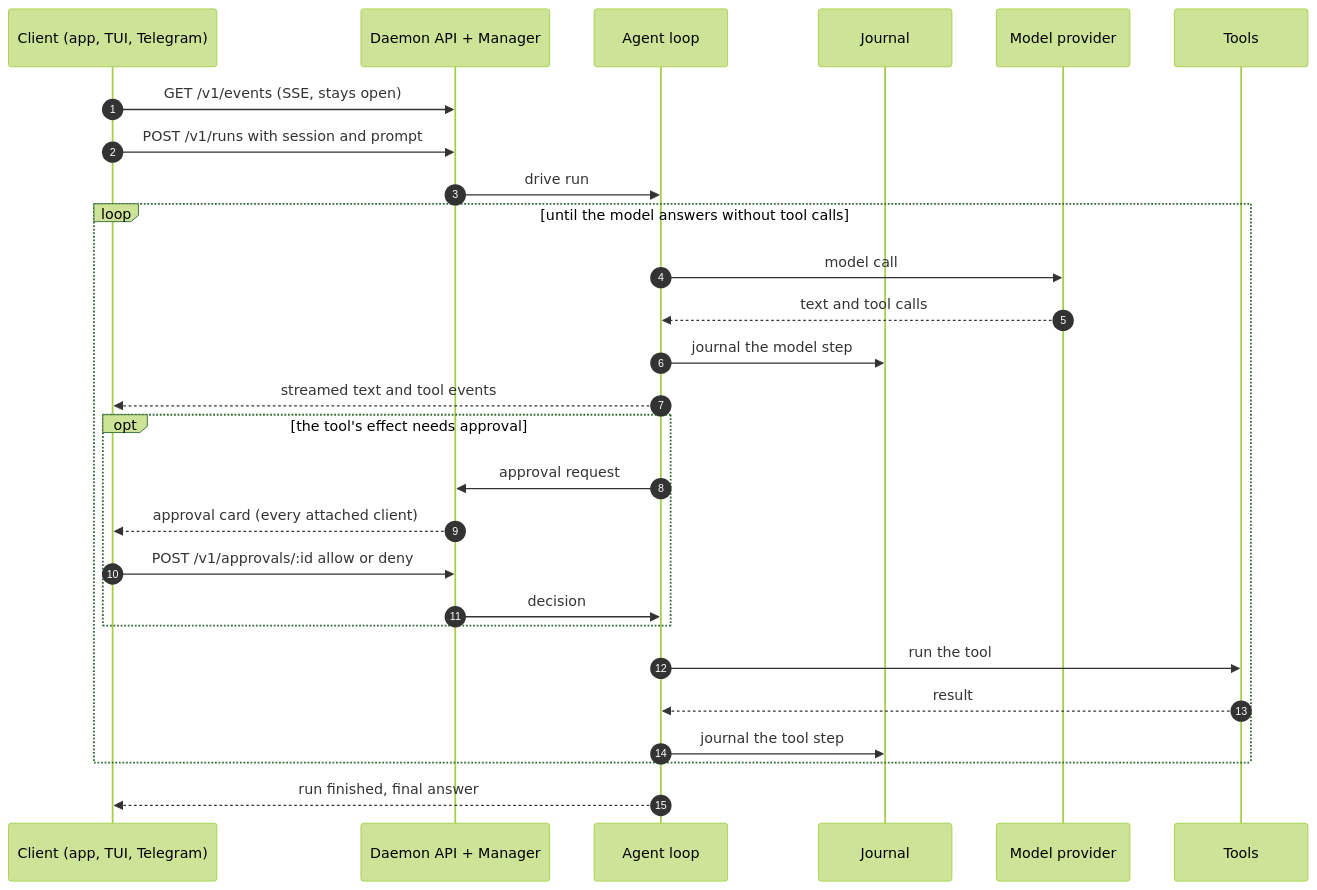
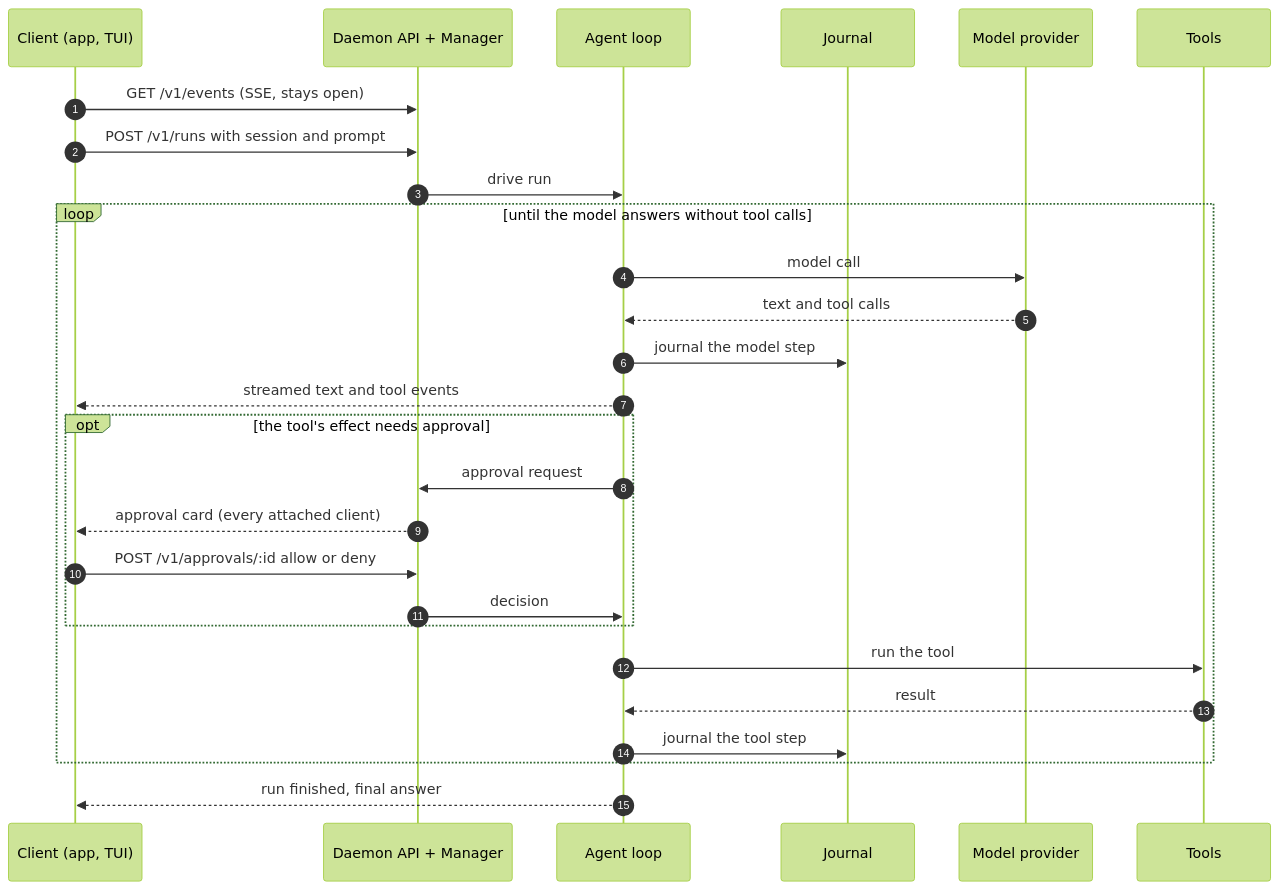
Before and after one commit to mitchellalderson/tern-agent: the second of 5 diagrams in README.md, drawn with Mermaid (forest theme). The commit also changed other lines of this file and 112 other files, not shown here.

````diff
--- a/README.md
+++ b/README.md
@@ -124,30 +120,30 @@
 ```mermaid
 sequenceDiagram
     autonumber
-    participant C as Client (app, TUI, Telegram)
+    participant C as Client (app, TUI)
     participant D as Daemon API + Manager
     participant A as Agent loop
     participant J as Journal
     participant M as Model provider
     participant T as Tools
 
     C->>D: GET /v1/events (SSE, stays open)
     C->>D: POST /v1/runs with session and prompt
     D->>A: drive run
     loop until the model answers without tool calls
         A->>M: model call
         M-->>A: text and tool calls
         A->>J: journal the model step
         A-->>C: streamed text and tool events
         opt the tool's effect needs approval
             A->>D: approval request
             D-->>C: approval card (every attached client)
             C->>D: POST /v1/approvals/:id allow or deny
             D->>A: decision
         end
         A->>T: run the tool
         T-->>A: result
         A->>J: journal the tool step
     end
     A-->>C: run finished, final answer
 ```
````
